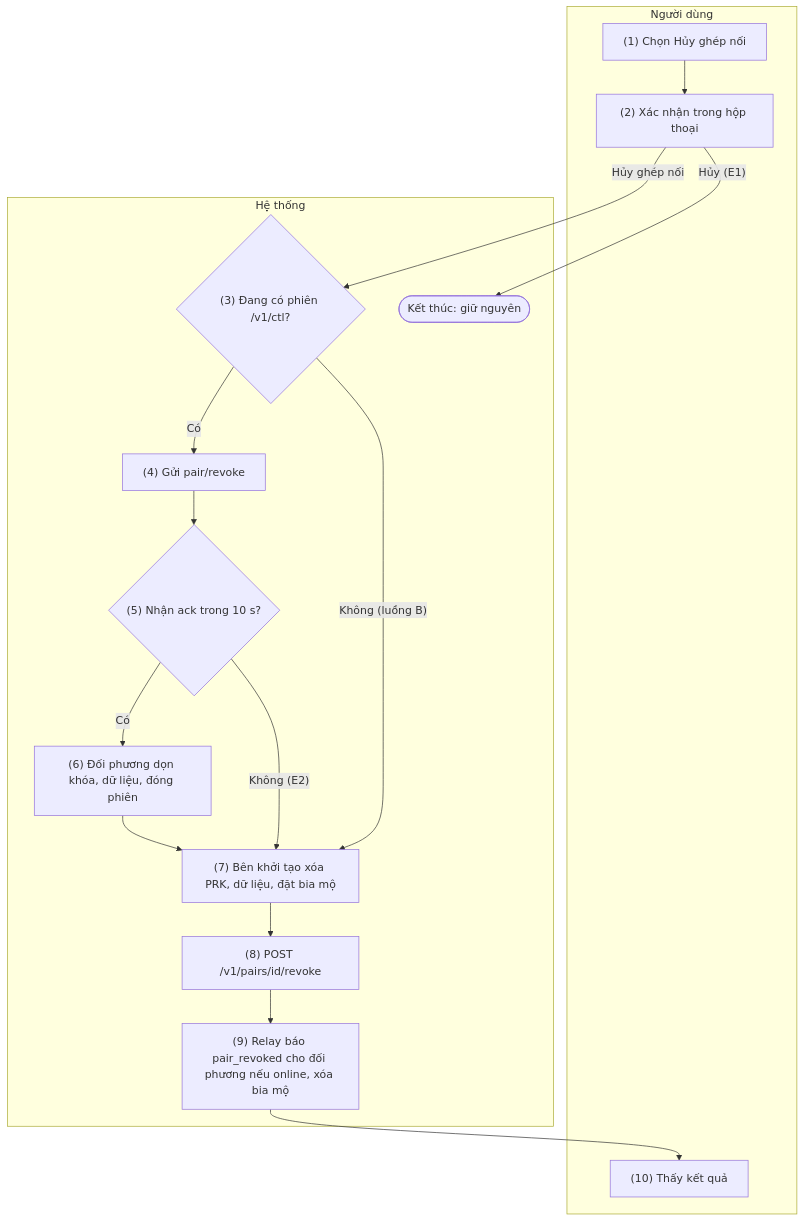
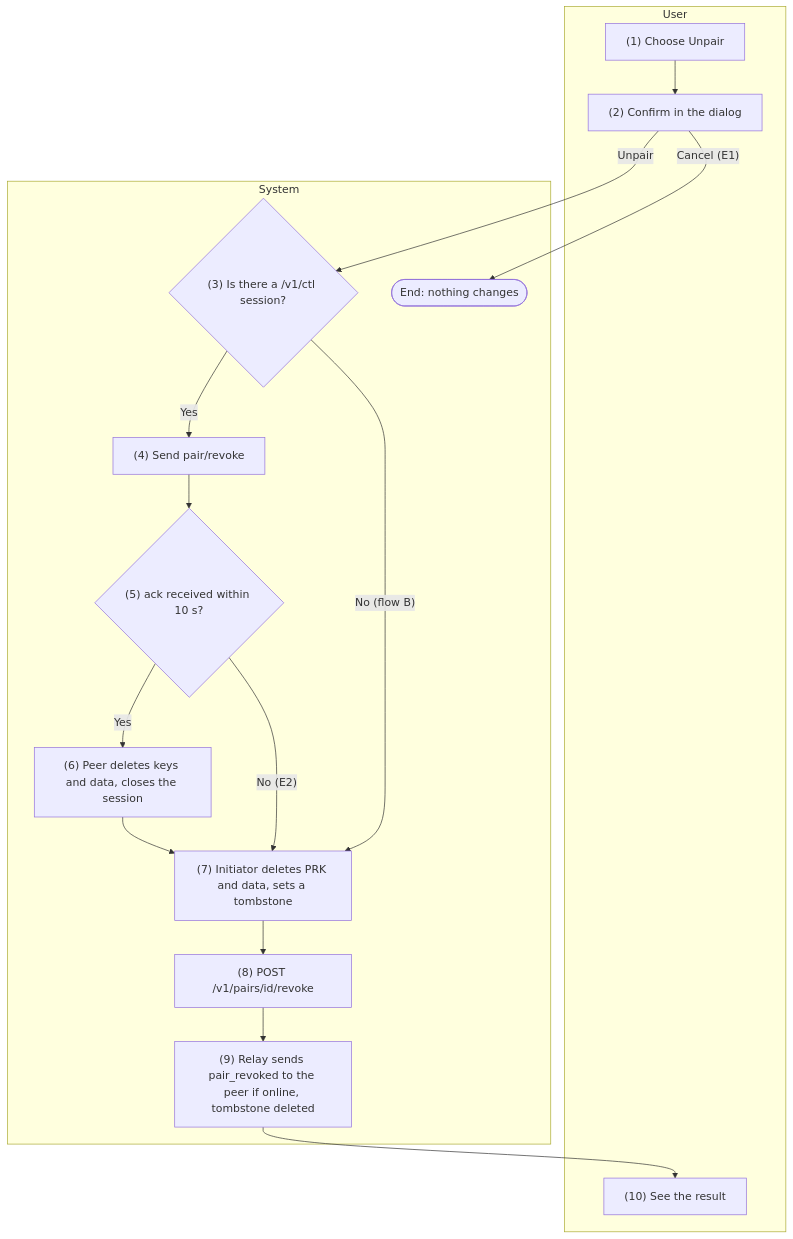
Before and after one commit to HandLive/handlive: the third of 3 diagrams in docs/detailed-design/02-pairing.md, drawn with Mermaid. The commit also changed other lines of this file and 1 other file, not shown here.

````diff
--- a/docs/detailed-design/02-pairing.md
+++ b/docs/detailed-design/02-pairing.md
@@ -602,26 +615,26 @@
 ```mermaid
 flowchart TB
-  subgraph ND["Người dùng"]
-    U1["(1) Chọn Hủy ghép nối"]
-    U2["(2) Xác nhận trong hộp thoại"]
-    U10["(10) Thấy kết quả"]
+  subgraph ND["User"]
+    U1["(1) Choose Unpair"]
+    U2["(2) Confirm in the dialog"]
+    U10["(10) See the result"]
   end
-  subgraph HT["Hệ thống"]
-    D3{"(3) Đang có phiên /v1/ctl?"}
-    S4["(4) Gửi pair/revoke"]
-    D5{"(5) Nhận ack trong 10 s?"}
-    S6["(6) Đối phương dọn khóa, dữ liệu, đóng phiên"]
-    S7["(7) Bên khởi tạo xóa PRK, dữ liệu, đặt bia mộ"]
+  subgraph HT["System"]
+    D3{"(3) Is there a /v1/ctl session?"}
+    S4["(4) Send pair/revoke"]
+    D5{"(5) ack received within 10 s?"}
+    S6["(6) Peer deletes keys and data, closes the session"]
+    S7["(7) Initiator deletes PRK and data, sets a tombstone"]
     S8["(8) POST /v1/pairs/id/revoke"]
-    S9["(9) Relay báo pair_revoked cho đối phương nếu online, xóa bia mộ"]
-    X1(["Kết thúc: giữ nguyên"])
+    S9["(9) Relay sends pair_revoked to the peer if online, tombstone deleted"]
+    X1(["End: nothing changes"])
   end
   U1 --> U2
-  U2 -- "Hủy (E1)" --> X1
-  U2 -- "Hủy ghép nối" --> D3
-  D3 -- "Có" --> S4 --> D5
-  D5 -- "Có" --> S6 --> S7
-  D5 -- "Không (E2)" --> S7
-  D3 -- "Không (luồng B)" --> S7
+  U2 -- "Cancel (E1)" --> X1
+  U2 -- "Unpair" --> D3
+  D3 -- "Yes" --> S4 --> D5
+  D5 -- "Yes" --> S6 --> S7
+  D5 -- "No (E2)" --> S7
+  D3 -- "No (flow B)" --> S7
   S7 --> S8 --> S9 --> U10
 ```
````
